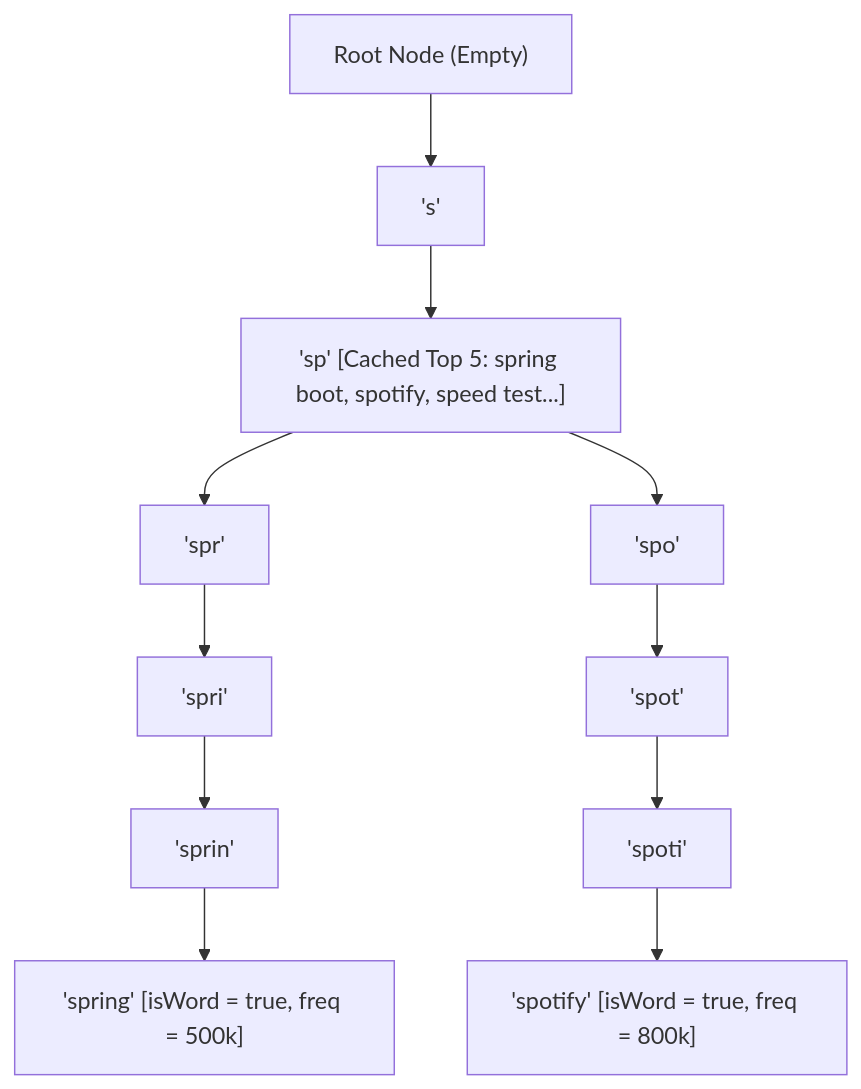
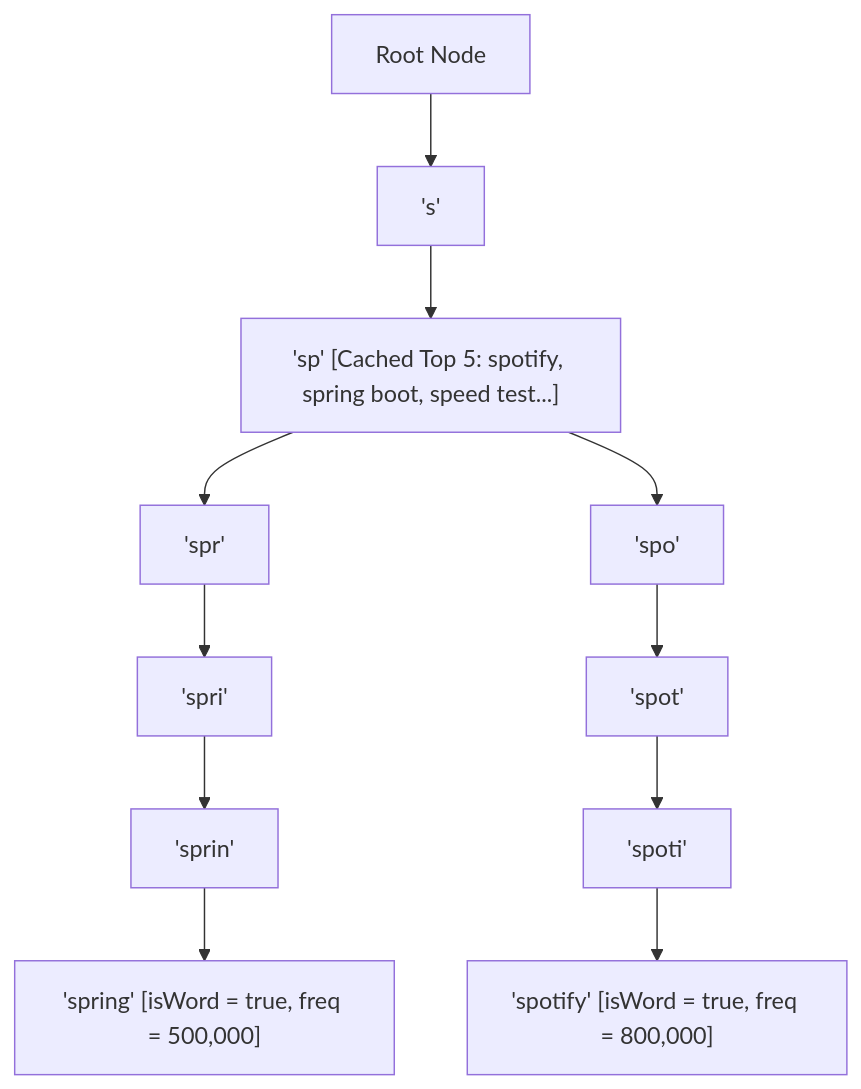
One commit to weaponxwolf/backend-engineering-mastry changed the fourth of 6 diagrams in docs/system-design/search-autocomplete.mdx. Above: the diagram before and after it, drawn with Mermaid. The commit also changed other lines of this file and 16 other files, not shown here.

````diff
--- a/docs/system-design/search-autocomplete.mdx
+++ b/docs/system-design/search-autocomplete.mdx
@@ -54,14 +156,14 @@
 ```mermaid
 graph TD
-    Root["Root Node (Empty)"] --> S["'s'"]
-    S --> P["'sp' [Cached Top 5: spring boot, spotify, speed test...]"]
+    Root["Root Node"] --> S["'s'"]
+    S --> P["'sp' [Cached Top 5: spotify, spring boot, speed test...]"]
     P --> R["'spr'"]
     R --> I["'spri'"]
     I --> N["'sprin'"]
-    N --> G["'spring' [isWord = true, freq = 500k]"]
+    N --> G["'spring' [isWord = true, freq = 500,000]"]
     
     P --> O["'spo'"]
     O --> T["'spot'"]
     T --> I2["'spoti'"]
-    I2 --> F["'spotify' [isWord = true, freq = 800k]"]
+    I2 --> F["'spotify' [isWord = true, freq = 800,000]"]
 ```
````
